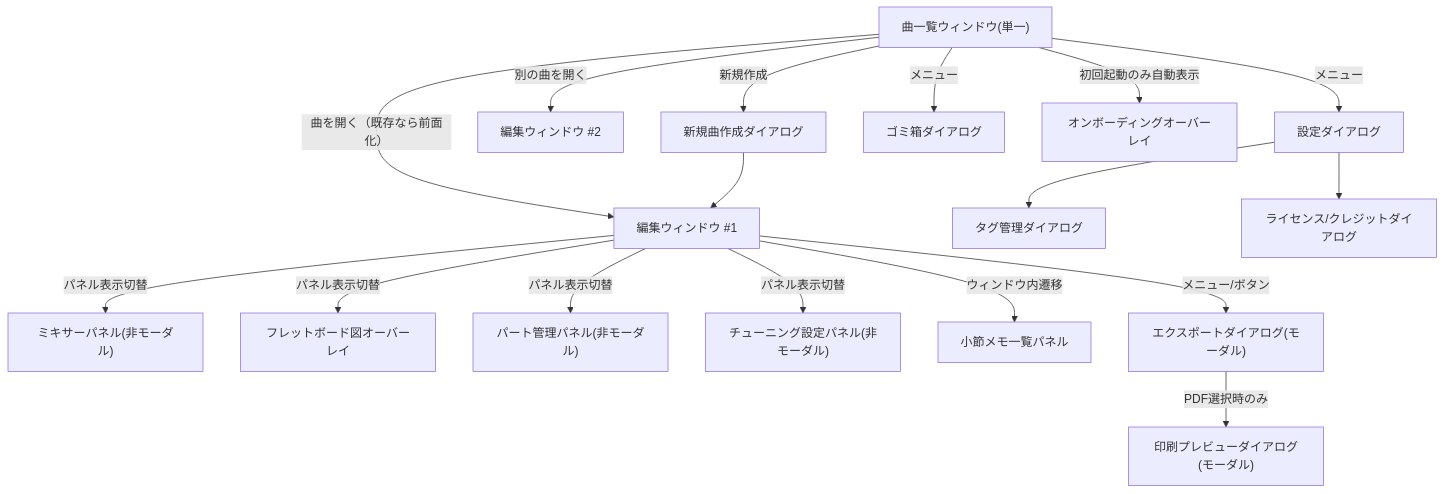
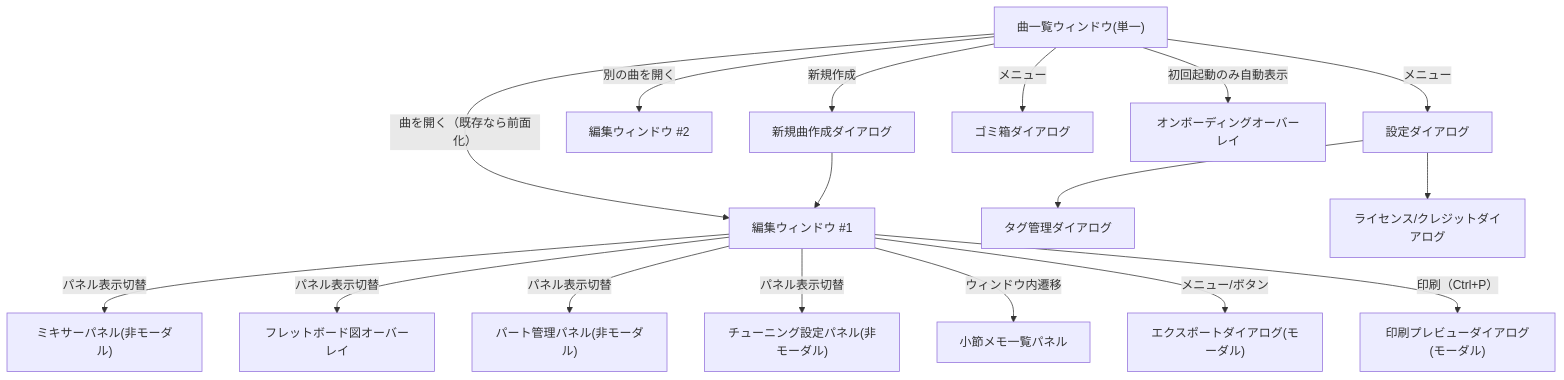
One commit to ippoooooshi/RiFF-LiNE changed the diagram in docs/basic_design/03_screens_ui_pc.md. Above: the diagram before and after it, drawn with Mermaid. The commit also changed other lines of this file and 618 other files, not shown here.

````diff
--- a/docs/basic_design/03_screens_ui_pc.md
+++ b/docs/basic_design/03_screens_ui_pc.md
@@ -28,19 +44,19 @@
 ```mermaid
 flowchart TD
     LAUNCH["曲一覧ウィンドウ(単一)"] -->|新規作成| WIZ["新規曲作成ダイアログ"]
     LAUNCH -->|曲を開く（既存なら前面化）| EDIT1["編集ウィンドウ #1"]
     LAUNCH -->|別の曲を開く| EDIT2["編集ウィンドウ #2"]
     WIZ --> EDIT1
     LAUNCH -->|メニュー| SETTINGS["設定ダイアログ"]
     LAUNCH -->|メニュー| TRASH["ゴミ箱ダイアログ"]
     SETTINGS --> TAGMGR["タグ管理ダイアログ"]
     SETTINGS --> LICENSE["ライセンス/クレジットダイアログ"]
     EDIT1 -->|パネル表示切替| MIXER["ミキサーパネル(非モーダル)"]
     EDIT1 -->|パネル表示切替| FRETBOARD["フレットボード図オーバーレイ"]
     EDIT1 -->|パネル表示切替| PARTMGR["パート管理パネル(非モーダル)"]
     EDIT1 -->|パネル表示切替| TUNING["チューニング設定パネル(非モーダル)"]
     EDIT1 -->|ウィンドウ内遷移| MEMOLIST["小節メモ一覧パネル"]
     EDIT1 -->|メニュー/ボタン| EXPORT["エクスポートダイアログ(モーダル)"]
-    EXPORT -->|PDF選択時のみ| PRINT["印刷プレビューダイアログ(モーダル)"]
+    EDIT1 -->|印刷（Ctrl+P）| PRINT["印刷プレビューダイアログ(モーダル)"]
     LAUNCH -->|初回起動のみ自動表示| ONBOARD["オンボーディングオーバーレイ"]
 ```
````
